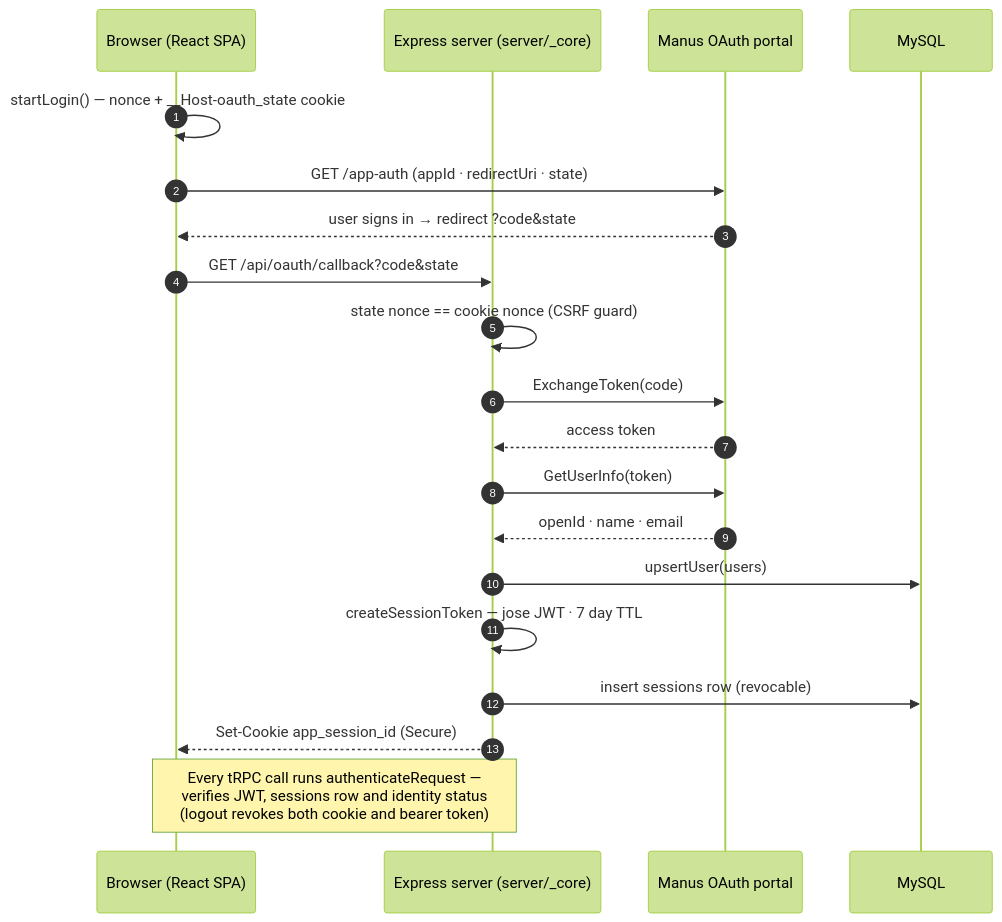
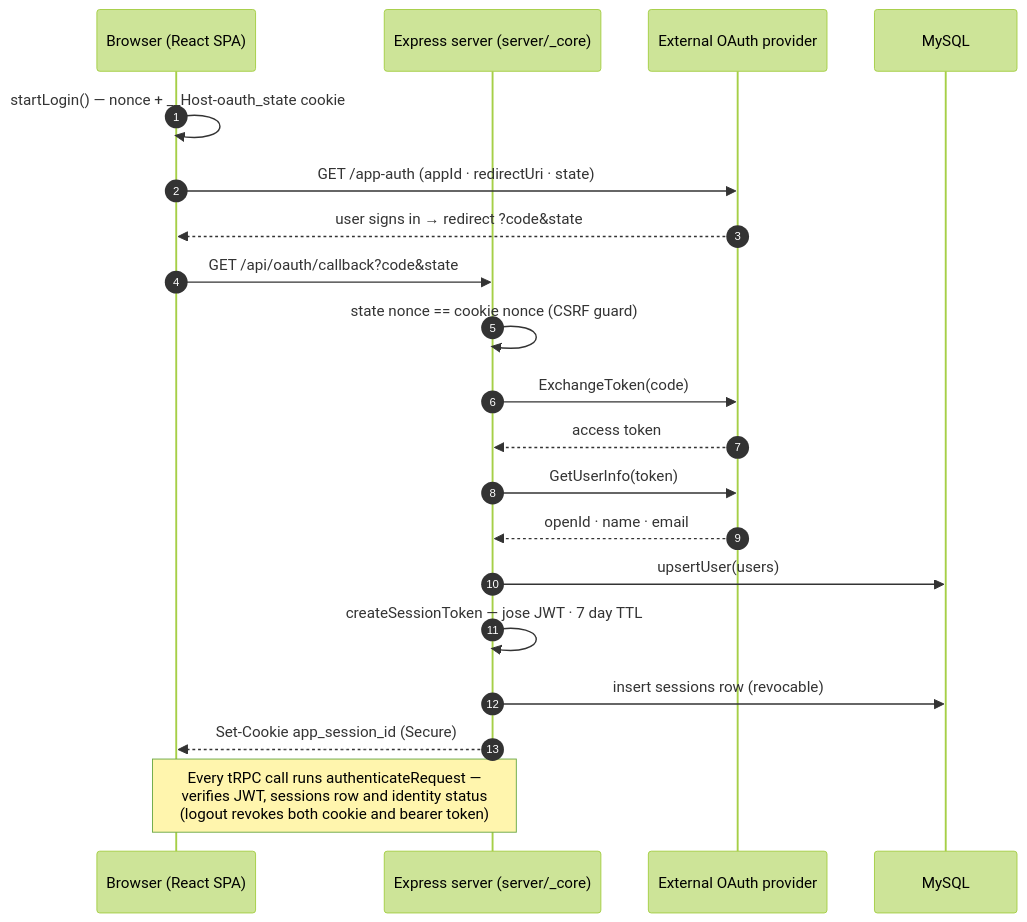
One commit to priyanshuuzz/sampraan changed the second of 4 diagrams in docs/architecture-diagram.md. Above: the diagram before and after it, drawn with Mermaid (forest theme). The commit also changed other lines of this file and 28 other files, not shown here.

````diff
--- a/docs/architecture-diagram.md
+++ b/docs/architecture-diagram.md
@@ -114,23 +111,23 @@
 ```mermaid
 sequenceDiagram
     autonumber
     participant B as Browser (React SPA)
     participant S as Express server (server/_core)
-    participant M as Manus OAuth portal
+    participant M as External OAuth provider
     participant D as MySQL
 
     B->>B: startLogin() — nonce + __Host-oauth_state cookie
     B->>M: GET /app-auth (appId · redirectUri · state)
     M-->>B: user signs in → redirect ?code&state
     B->>S: GET /api/oauth/callback?code&state
     S->>S: state nonce == cookie nonce (CSRF guard)
     S->>M: ExchangeToken(code)
     M-->>S: access token
     S->>M: GetUserInfo(token)
     M-->>S: openId · name · email
     S->>D: upsertUser(users)
     S->>S: createSessionToken — jose JWT · 7 day TTL
     S->>D: insert sessions row (revocable)
     S-->>B: Set-Cookie app_session_id (Secure)
     Note over B,S: Every tRPC call runs authenticateRequest —<br/>verifies JWT, sessions row and identity status<br/>(logout revokes both cookie and bearer token)
 ```
````
